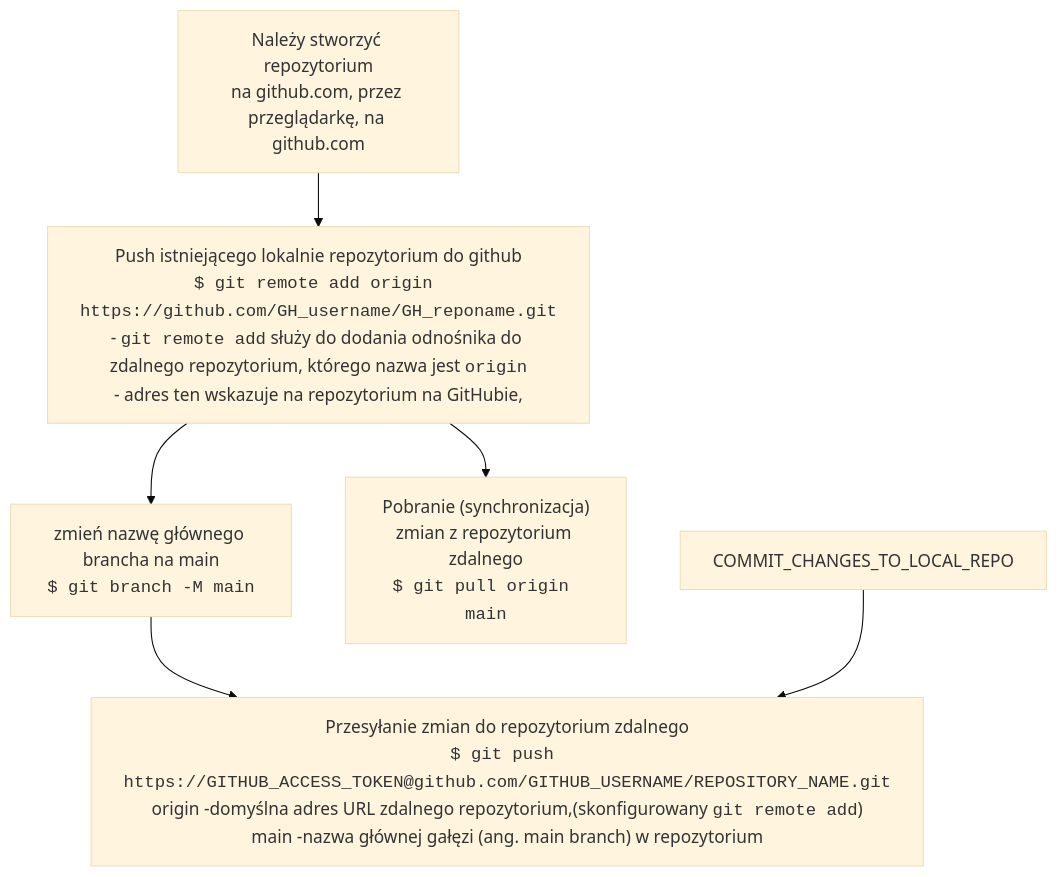
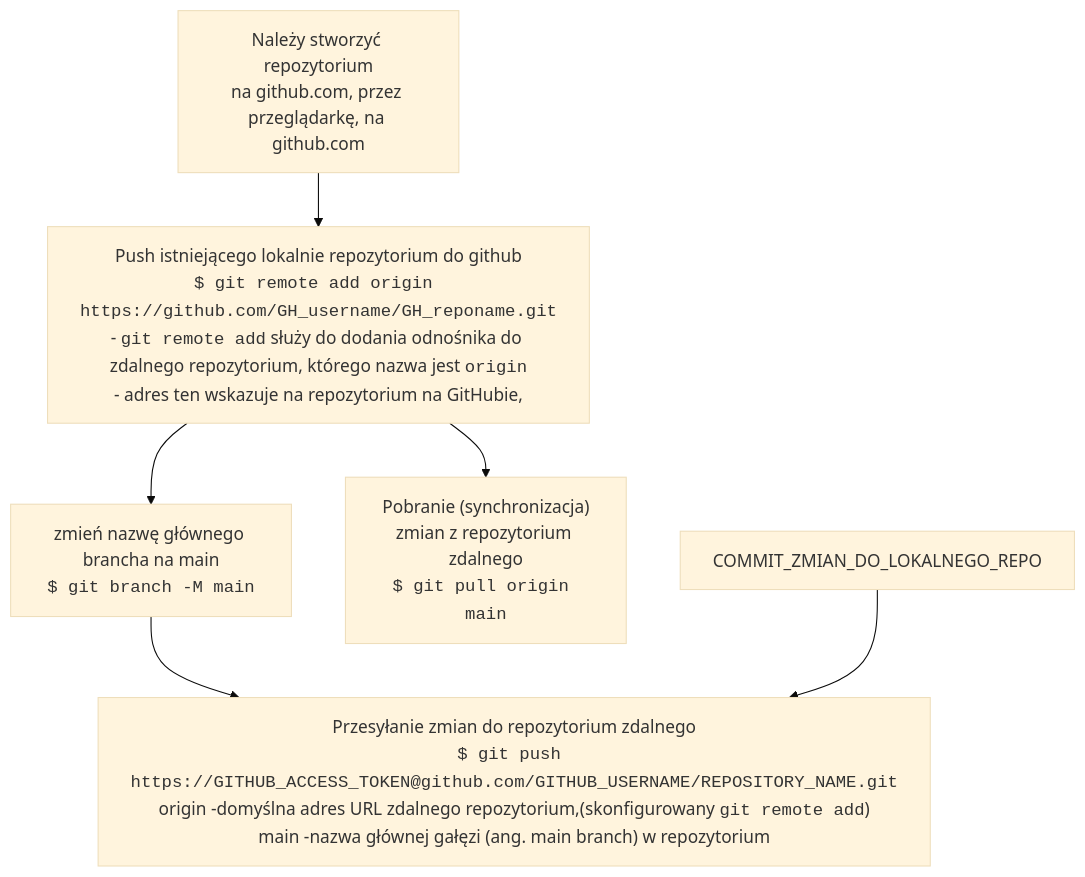
The second of 3 diagrams in git-graph.md (dankuc237/notatki), drawn with Mermaid (base theme) before and after one commit. The commit also changed other lines of this file, not shown here.

Commit message:
kolejny commit

````diff
--- a/git-graph.md
+++ b/git-graph.md
@@ -33,15 +33,15 @@
 ```mermaid
 graph TB
         CREATE_GITHUB_REPO["Należy stworzyć repozytorium<br>na github.com, przez przeglądarkę, na github.com"]
         ADD_FILE_TO_REMOTE_REPO["Push istniejącego lokalnie repozytorium do github<br><code>$ git remote add origin https://github.com/GH_username/GH_reponame.git</code><br>- <code>git remote add</code> służy do dodania odnośnika do zdalnego repozytorium, którego nazwa jest <code>origin</code><br>- adres ten wskazuje na repozytorium na GitHubie,"]
         PUSH_TO_GITHUB["Przesyłanie zmian do repozytorium zdalnego<br><code>$ git push https://GITHUB_ACCESS_TOKEN@github.com/GITHUB_USERNAME/REPOSITORY_NAME.git</code><br>origin -domyślna adres URL zdalnego repozytorium,(skonfigurowany <code>git remote add</code>)<br>main -nazwa głównej gałęzi (ang. main branch) w repozytorium"]
         RENAME_MAIN["zmień nazwę głównego brancha na main<br><code>$ git branch -M main</code>"]
         UPDATE_LOCAL_REPOSITORY["Pobranie (synchronizacja)<br>zmian z repozytorium zdalnego<br><code>$ git pull origin main</code>"]
 
         ADD_FILE_TO_REMOTE_REPO --> UPDATE_LOCAL_REPOSITORY
         ADD_FILE_TO_REMOTE_REPO --> RENAME_MAIN
         RENAME_MAIN --> PUSH_TO_GITHUB
         CREATE_GITHUB_REPO --> ADD_FILE_TO_REMOTE_REPO
 
-        COMMIT_CHANGES_TO_LOCAL_REPO --> PUSH_TO_GITHUB
+        COMMIT_ZMIAN_DO_LOKALNEGO_REPO --> PUSH_TO_GITHUB
 ```
````
